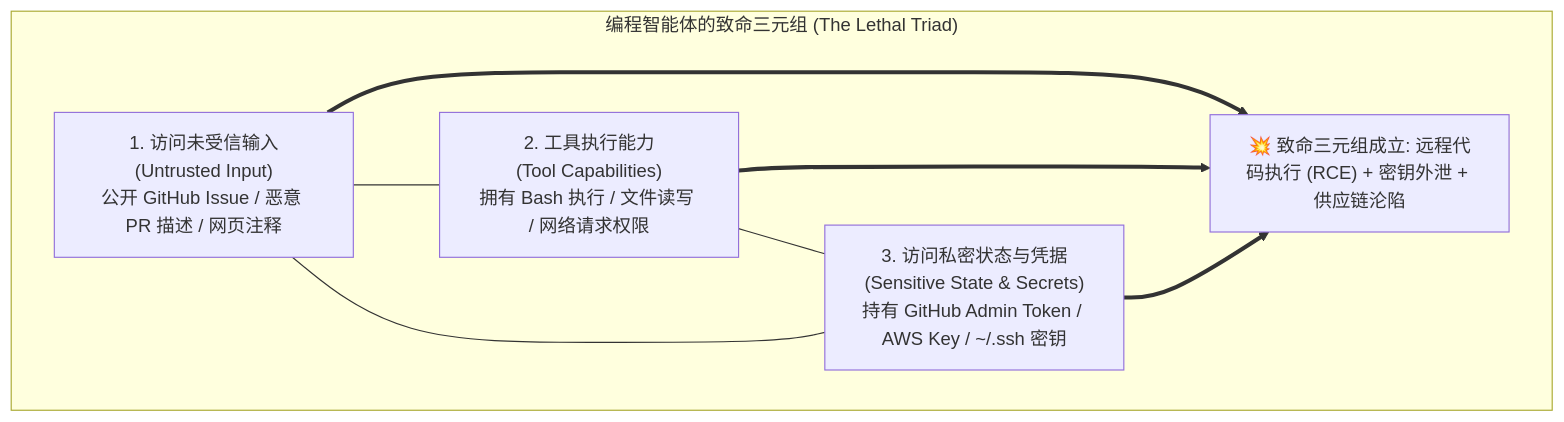
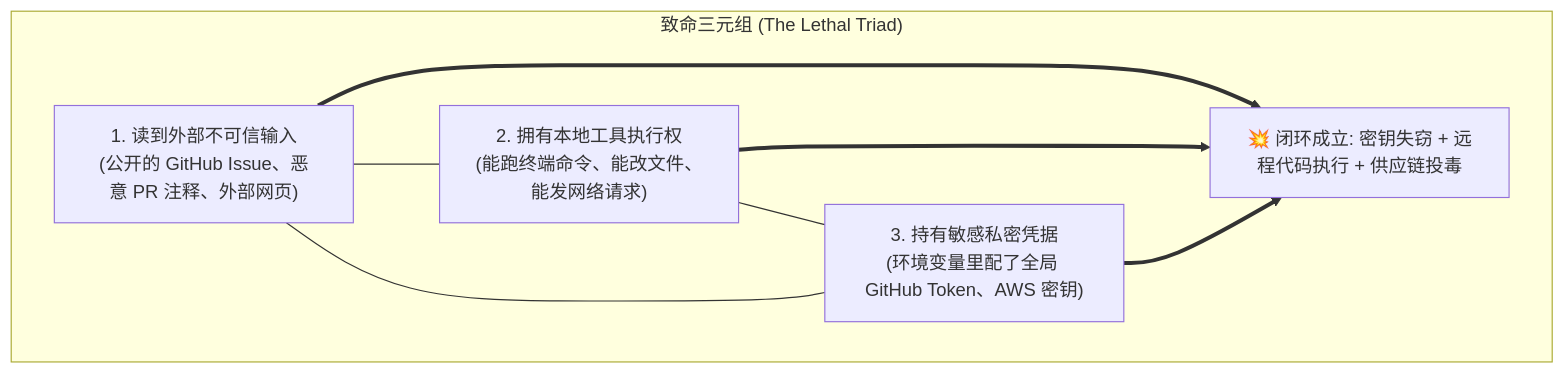
Before and after one commit to ljh12138164/ai-agent-study: the first of 2 diagrams in app/ch05-coding/05-lethal-triad-and-security/page.mdx, drawn with Mermaid. The commit also changed other lines of this file and 43 other files, not shown here.

````diff
--- a/app/ch05-coding/05-lethal-triad-and-security/page.mdx
+++ b/app/ch05-coding/05-lethal-triad-and-security/page.mdx
@@ -13,16 +13,14 @@
 ```mermaid
-graph TD
-    subgraph TheLethalTriad["编程智能体的致命三元组 (The Lethal Triad)"]
-        E1["1. 访问未受信输入<br/>(Untrusted Input)<br/>公开 GitHub Issue / 恶意 PR 描述 / 网页注释"]
-        
-        E2["2. 工具执行能力<br/>(Tool Capabilities)<br/>拥有 Bash 执行 / 文件读写 / 网络请求权限"]
-        
-        E3["3. 访问私密状态与凭据<br/>(Sensitive State & Secrets)<br/>持有 GitHub Admin Token / AWS Key / ~/.ssh 密钥"]
+flowchart TD
+    subgraph Triad["致命三元组 (The Lethal Triad)"]
+        E1["1. 读到外部不可信输入<br/>(公开的 GitHub Issue、恶意 PR 注释、外部网页)"]
+        E2["2. 拥有本地工具执行权<br/>(能跑终端命令、能改文件、能发网络请求)"]
+        E3["3. 持有敏感私密凭据<br/>(环境变量里配了全局 GitHub Token、AWS 密钥)"]
         
         E1 --- E2
         E2 --- E3
         E3 --- E1
         
-        E1 & E2 & E3 ==> Catastrophe["💥 致命三元组成立: 远程代码执行 (RCE) + 密钥外泄 + 供应链沦陷"]
+        E1 & E2 & E3 ==> Exploit["💥 闭环成立: 密钥失窃 + 远程代码执行 + 供应链投毒"]
     end
 ```
````
